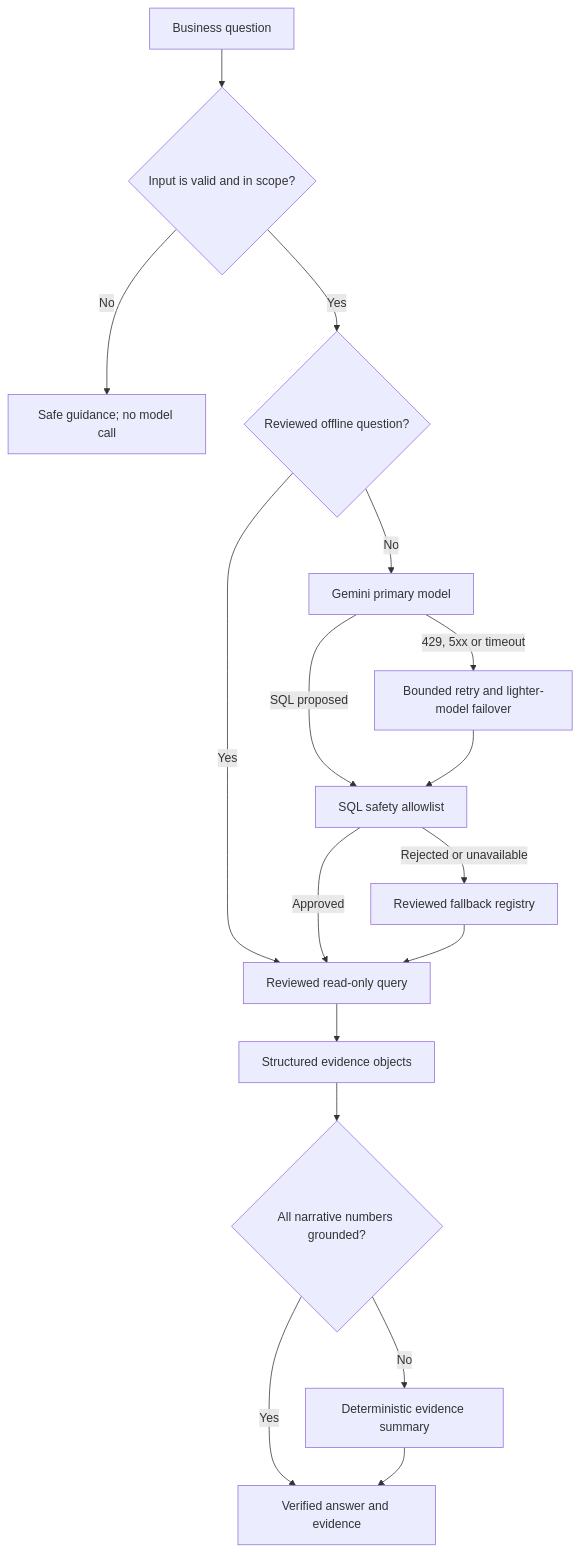
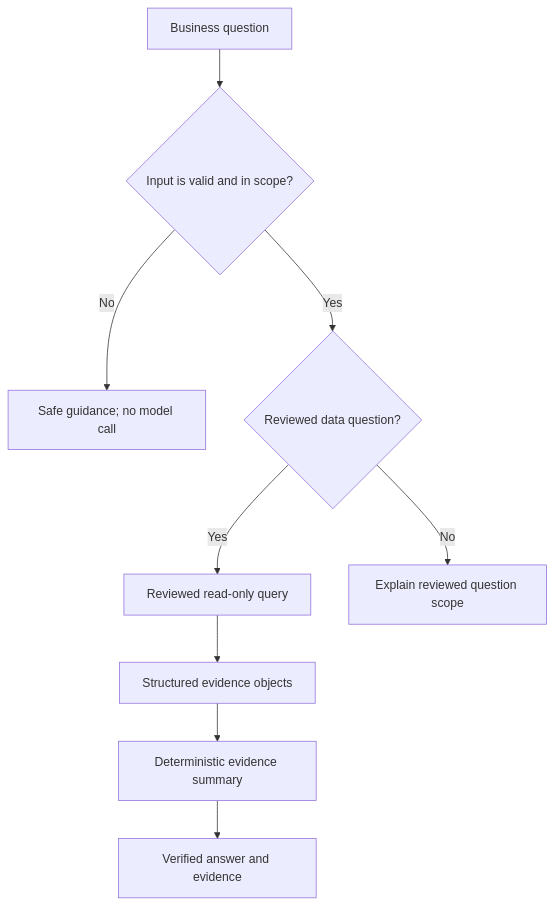
One commit to goflarbi-max/versalMotors changed the third of 4 diagrams in docs/architecture.md. Above: the diagram before and after it, drawn with Mermaid. The commit also changed other lines of this file and 6 other files, not shown here.

````diff
--- a/docs/architecture.md
+++ b/docs/architecture.md
@@ -74,19 +74,11 @@
 ```mermaid
 flowchart TD
     Q[Business question] --> INPUT{Input is valid and in scope?}
     INPUT -- No --> SAFE[Safe guidance; no model call]
-    INPUT -- Yes --> ROUTE{Reviewed offline question?}
+    INPUT -- Yes --> ROUTE{Reviewed data question?}
     ROUTE -- Yes --> QUERY[Reviewed read-only query]
-    ROUTE -- No --> GEMINI[Gemini primary model]
-    GEMINI -- 429, 5xx or timeout --> RETRY[Bounded retry and lighter-model failover]
-    GEMINI -- SQL proposed --> SQL[SQL safety allowlist]
-    RETRY --> SQL
-    SQL -- Rejected or unavailable --> FALLBACK[Reviewed fallback registry]
-    SQL -- Approved --> QUERY
-    FALLBACK --> QUERY
+    ROUTE -- No --> SCOPE[Explain reviewed question scope]
     QUERY --> EV[Structured evidence objects]
-    EV --> VERIFY{All narrative numbers grounded?}
-    VERIFY -- Yes --> ANSWER[Verified answer and evidence]
-    VERIFY -- No --> DET[Deterministic evidence summary]
-    DET --> ANSWER
+    EV --> DET[Deterministic evidence summary]
+    DET --> ANSWER[Verified answer and evidence]
 ```
````
